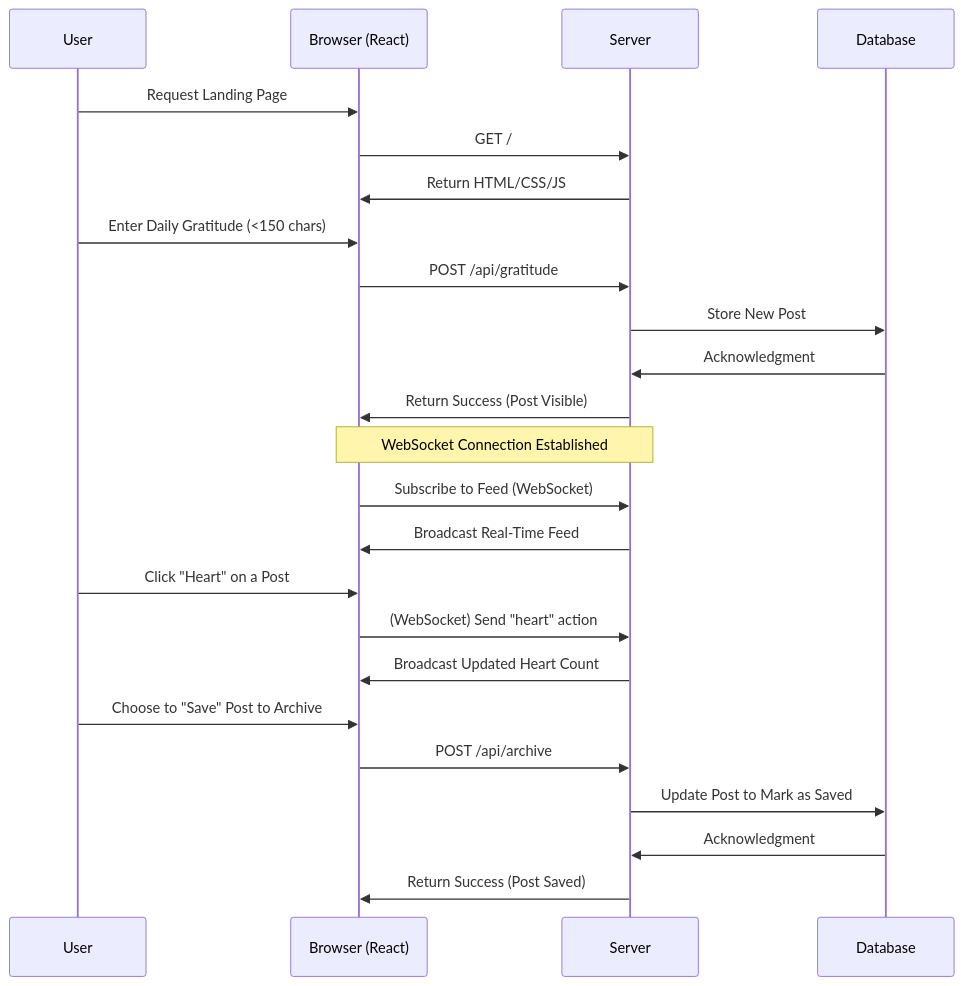
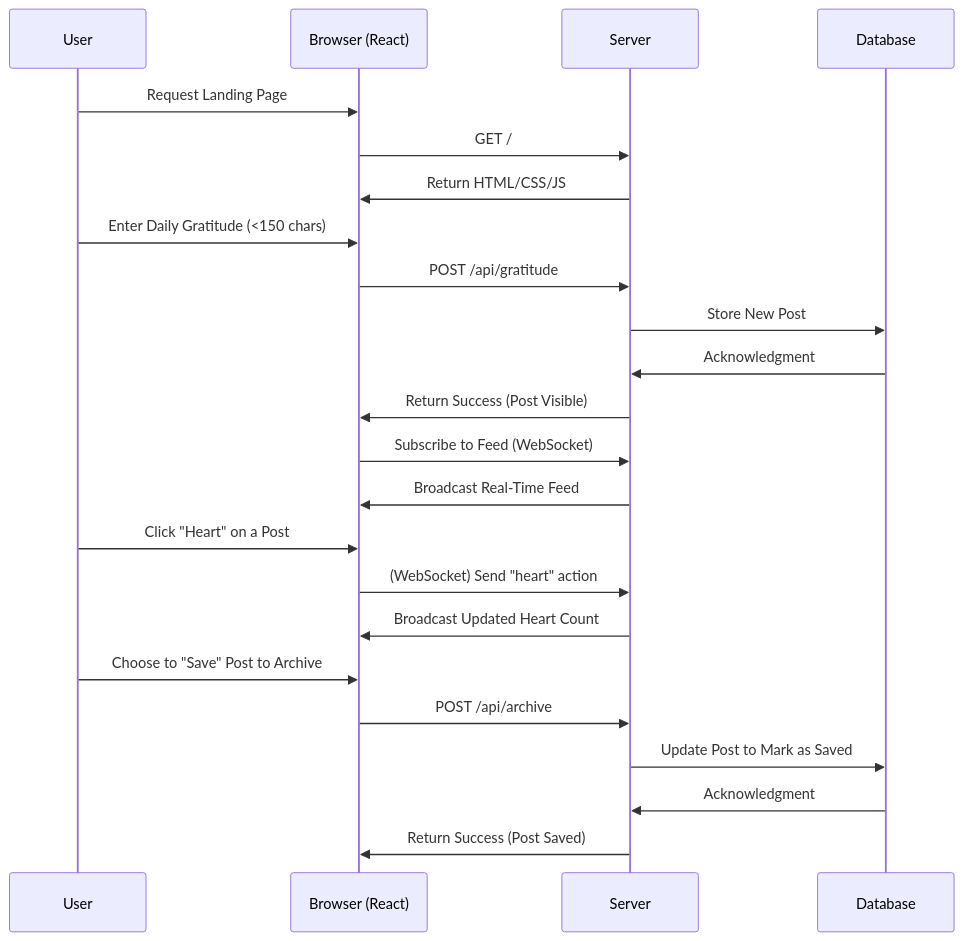
The diagram in README.md (eddieblu/startup), drawn with Mermaid before and after one commit. The commit also changed other lines of this file, not shown here.

````diff
--- a/README.md
+++ b/README.md
@@ -30,31 +30,30 @@
 ```mermaid
 sequenceDiagram
     participant U as User
     participant B as Browser (React)
     participant S as Server
     participant DB as Database
 
     U->>B: Request Landing Page
     B->>S: GET /
     S->>B: Return HTML/CSS/JS
 
     U->>B: Enter Daily Gratitude (<150 chars)
     B->>S: POST /api/gratitude
     S->>DB: Store New Post
     DB->>S: Acknowledgment
     S->>B: Return Success (Post Visible)
 
-    Note over B,S: WebSocket Connection Established
     B->>S: Subscribe to Feed (WebSocket)
     S->>B: Broadcast Real-Time Feed
 
     U->>B: Click "Heart" on a Post
     B->>S: (WebSocket) Send "heart" action
     S->>B: Broadcast Updated Heart Count
 
     U->>B: Choose to "Save" Post to Archive
     B->>S: POST /api/archive
     S->>DB: Update Post to Mark as Saved
     DB->>S: Acknowledgment
     S->>B: Return Success (Post Saved)
 ```
````
